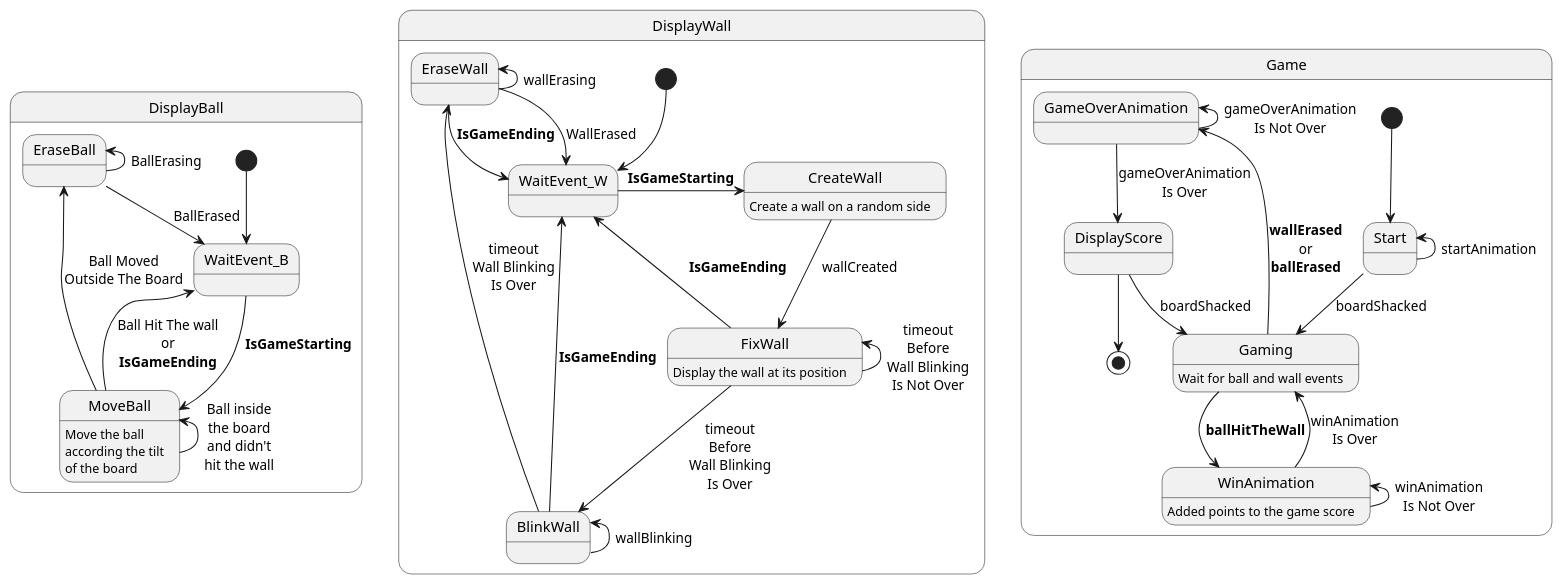
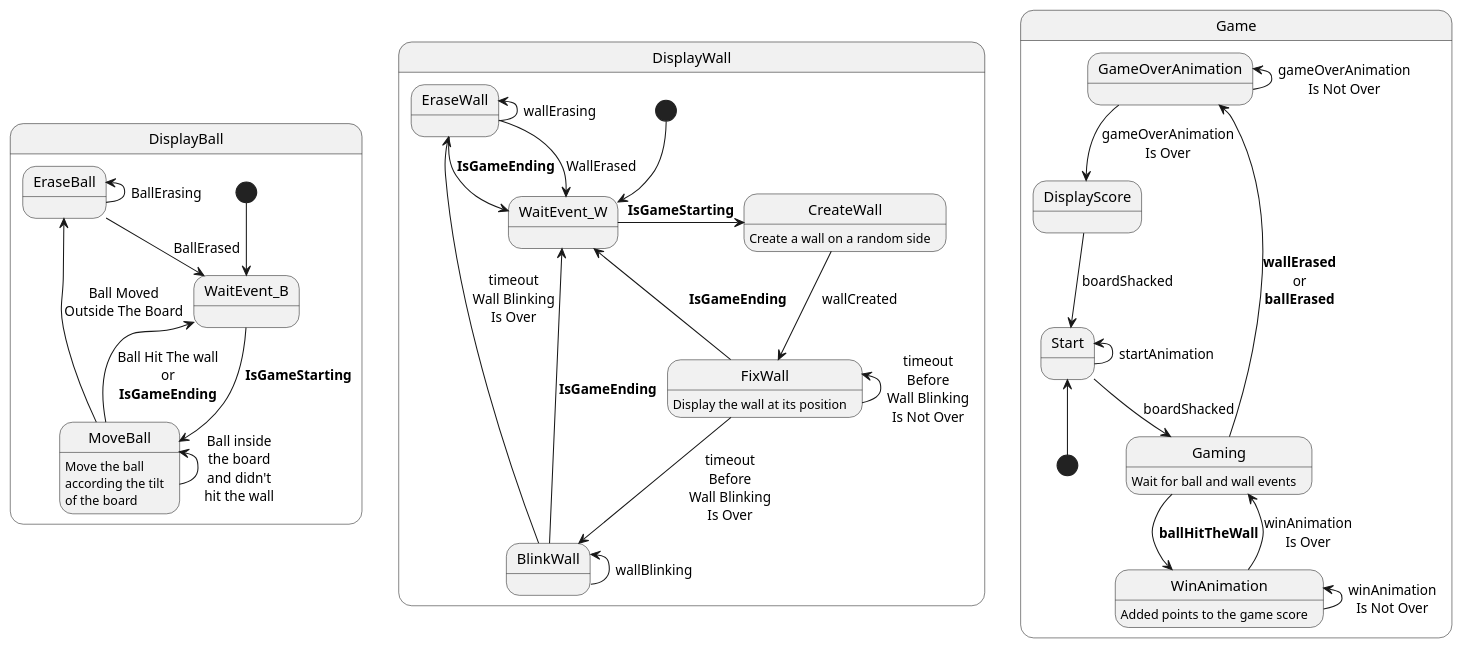
One commit to jebissey/GamesOfSkill changed the diagram in Arduino-nano/LedsPong/LedsPong.puml. Above: the diagram before and after it, drawn with PlantUML. The commit also changed 3 other files, not shown here.

```diff
--- a/Arduino-nano/LedsPong/LedsPong.puml
+++ b/Arduino-nano/LedsPong/LedsPong.puml
@@ -1,62 +1,61 @@
 @startuml
 
 state DisplayBall {
     [*] --> WaitEvent_B
 
     WaitEvent_B -> MoveBall : **IsGameStarting**
 
     MoveBall : Move the ball\naccording the tilt\nof the board
     MoveBall -up-> MoveBall : Ball inside\nthe board\nand didn't\nhit the wall
     MoveBall --> EraseBall :  Ball Moved\nOutside The Board
     MoveBall --> WaitEvent_B : Ball Hit The wall\nor\n**IsGameEnding**
 
     EraseBall -up-> EraseBall : BallErasing
     EraseBall --> WaitEvent_B : BallErased
 
 }
 
 state DisplayWall {
     [*] --> WaitEvent_W
         
     WaitEvent_W -> CreateWall : **IsGameStarting**
 
     CreateWall : Create a wall on a random side
     CreateWall --> FixWall : wallCreated
 
     FixWall : Display the wall at its position
     FixWall -up-> FixWall : timeout\nBefore\nWall Blinking\nIs Not Over
     FixWall --> BlinkWall : timeout\nBefore\nWall Blinking\nIs Over
     FixWall ->  WaitEvent_W : **IsGameEnding**
     
     BlinkWall -up-> BlinkWall : wallBlinking
     BlinkWall --> EraseWall : timeout\nWall Blinking\nIs Over
     BlinkWall ->  WaitEvent_W : **IsGameEnding**
 
     EraseWall -up-> EraseWall : wallErasing
     EraseWall --> WaitEvent_W : WallErased
     EraseWall ->  WaitEvent_W : **IsGameEnding**
 }
 
 state Game {
-    [*] --> Start
+    [*] -up-> Start
 
     Start --> Gaming : boardShacked
     Start -up-> Start : startAnimation
 
     Gaming : Wait for ball and wall events
     Gaming --> GameOverAnimation : **wallErased**\nor\n**ballErased**
 
     Gaming --> WinAnimation : **ballHitTheWall**
 
     WinAnimation : Added points to the game score
     WinAnimation -up-> WinAnimation : winAnimation\nIs Not Over
     WinAnimation --> Gaming : winAnimation\nIs Over
 
     GameOverAnimation -up-> GameOverAnimation : gameOverAnimation\nIs Not Over
     GameOverAnimation --> DisplayScore : gameOverAnimation\nIs Over
 
-    DisplayScore --> Gaming : boardShacked
-    DisplayScore --> [*]
+    DisplayScore --> Start : boardShacked
 }
 
 @enduml
```
